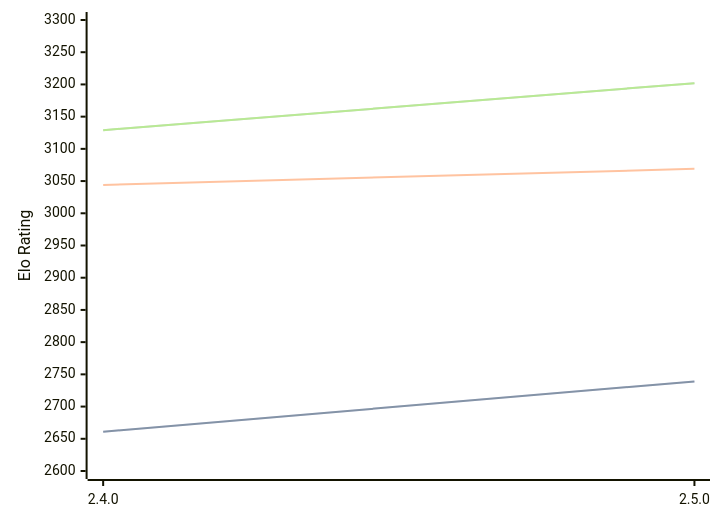
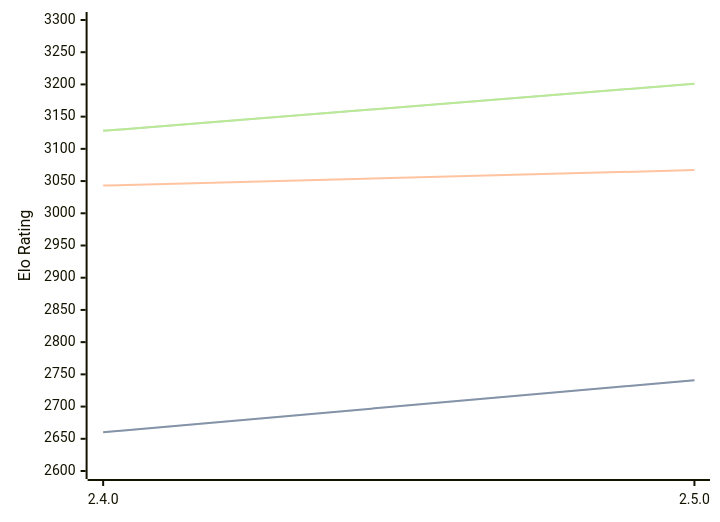
Before and after one commit to computer-chess-index/cci: the diagram in engines/Sturddle2.md, drawn with Mermaid. The commit also changed other lines of this file, not shown here.

Commit message:
Update CCI Ratings (ELO VLTC) - 2026-04-26

````diff
--- a/engines/Sturddle2.md
+++ b/engines/Sturddle2.md
@@ -37,11 +37,11 @@
 ```mermaid
 %%{init: {"theme":"base","themeVariables":{"seriesColors:['#a3a3a3','#222221','#faa371']}}}%%
 xychart-beta
   x-axis ["2.4.0", "2.5.0"]
   y-axis "Elo Rating" 2600 --> 3300
-  line "STC (8.0+0.08s)" [2661, 2739]
-  line "STC (8.0+0.08s)" [2661, 2739]
-  line "LTC (60.0+0.60s)" [3044, 3069]
-  line "VLTC (2m24s+1.12s)" [3129, 3202]
-  line "VLTC (2m24s+1.12s)" [3129, 3202]
+  line "STC (8.0+0.08s)" [2660, 2741]
+  line "STC (8.0+0.08s)" [2660, 2741]
+  line "LTC (60.0+0.60s)" [3043, 3067]
+  line "VLTC (2m24s+1.12s)" [3128, 3201]
+  line "VLTC (2m24s+1.12s)" [3128, 3201]
 ```
````
